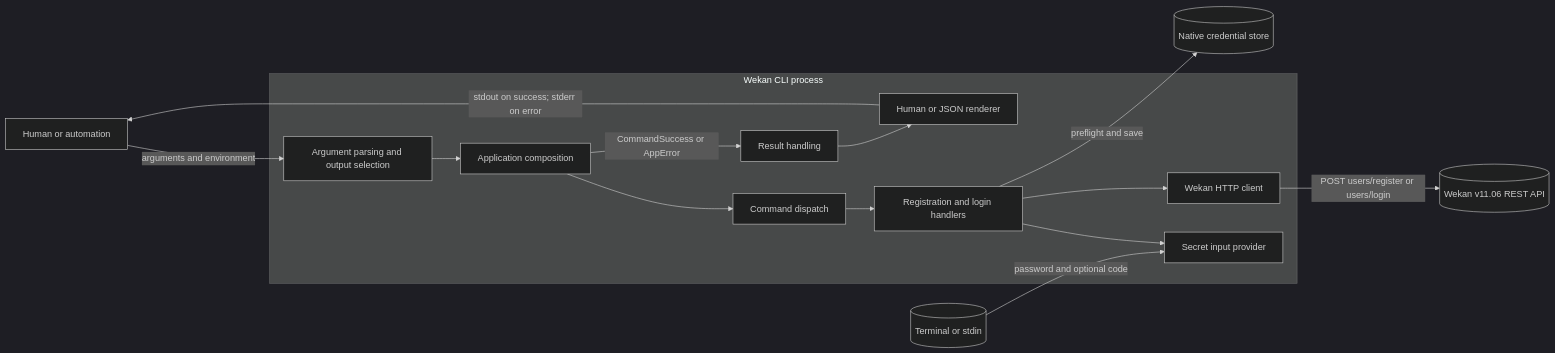
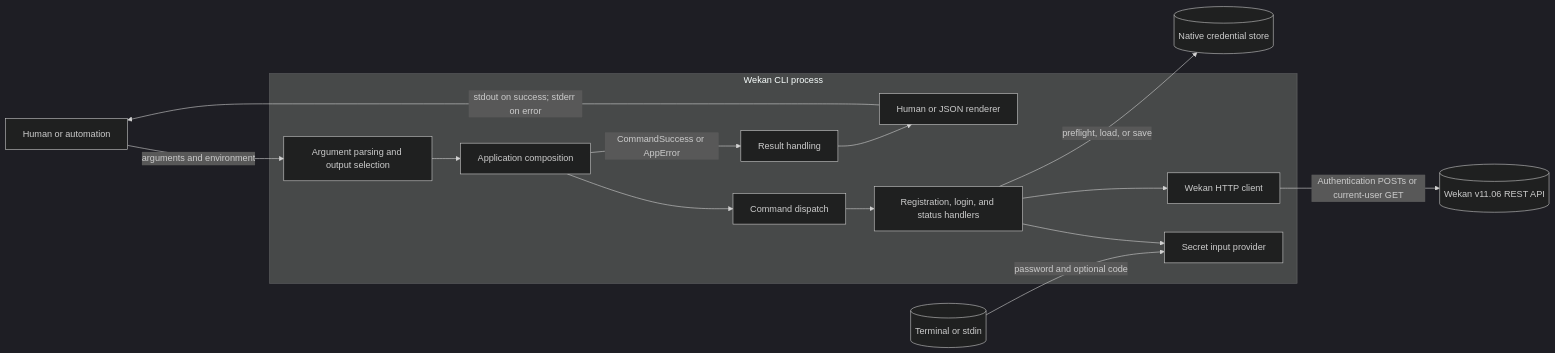
The first of 9 diagrams in docs/auth-architecture.md (AhmedLukman/wekan-cli), drawn with Mermaid (dark theme) before and after one commit. The commit also changed other lines of this file and 18 other files, not shown here.

Commit message:
feat: add stored authentication status validation

````diff
--- a/docs/auth-architecture.md
+++ b/docs/auth-architecture.md
@@ -13,32 +14,32 @@
 ```mermaid
 flowchart LR
     caller[Human or automation]
 
     subgraph cli[Wekan CLI process]
         entry[Argument parsing and output selection]
         app[Application composition]
         dispatch[Command dispatch]
-        handlers[Registration and login handlers]
+        handlers[Registration, login, and status handlers]
         secrets[Secret input provider]
         client[Wekan HTTP client]
         result[Result handling]
         output[Human or JSON renderer]
     end
 
     input[(Terminal or stdin)]
     wekan[(Wekan v11.06 REST API)]
     vault[(Native credential store)]
 
     caller -->|arguments and environment| entry
     entry --> app
     app --> dispatch
     dispatch --> handlers
     handlers --> secrets
     input -->|password and optional code| secrets
     handlers --> client
-    client -->|POST users/register or users/login| wekan
-    handlers -->|preflight and save| vault
+    client -->|Authentication POSTs or current-user GET| wekan
+    handlers -->|preflight, load, or save| vault
     app -->|CommandSuccess or AppError| result
     result --> output
     output -->|stdout on success; stderr on error| caller
 ```
````
